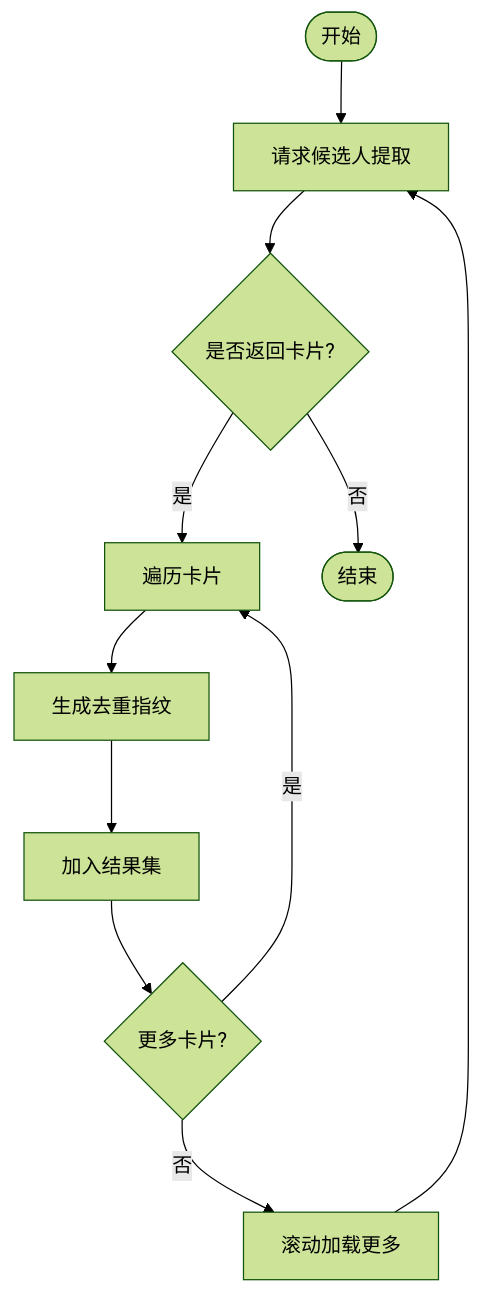
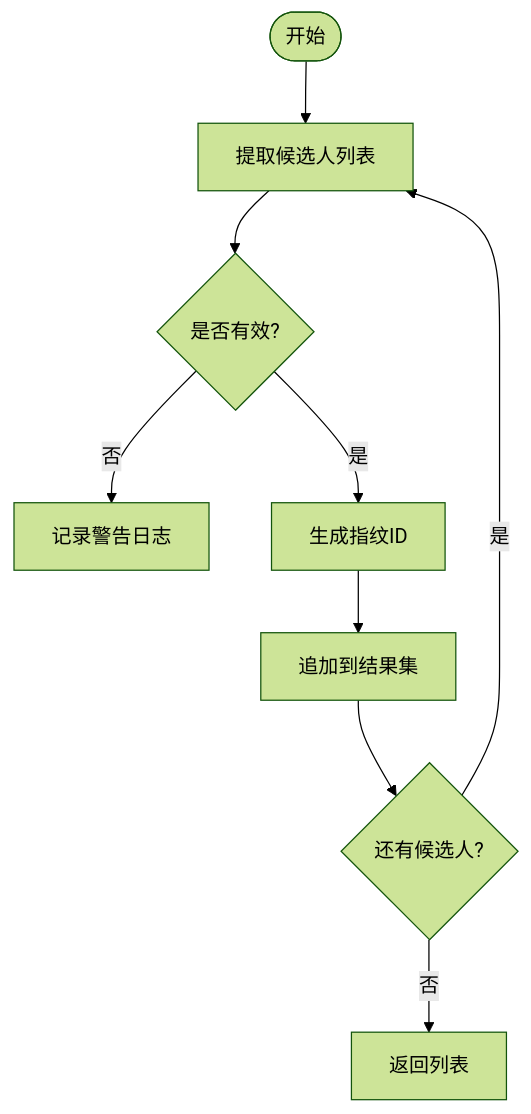
Before and after one commit to alvinwangzi/goodhr: the third of 10 diagrams in .qoder/repowiki/zh/content/本地执行器/平台适配器/Boss直聘适配器/候选人数据处理.md, drawn with Mermaid (forest theme). The commit also changed other lines of this file and 149 other files, not shown here.

````diff
--- a/.qoder/repowiki/zh/content/本地执行器/平台适配器/Boss直聘适配器/候选人数据处理.md
+++ b/.qoder/repowiki/zh/content/本地执行器/平台适配器/Boss直聘适配器/候选人数据处理.md
@@ -131,13 +141,11 @@
 ```mermaid
 flowchart TD
-Start(["开始"]) --> Extract["请求候选人提取"]
-Extract --> Items{"是否返回卡片?"}
-Items --> |是| ForEach["遍历卡片"]
-Items --> |否| End(["结束"])
-ForEach --> Fingerprint["生成去重指纹"]
-Fingerprint --> Append["加入结果集"]
-Append --> Next{"更多卡片?"}
-Next --> |是| ForEach
-Next --> |否| Scroll["滚动加载更多"]
-Scroll --> Extract
+Start(["开始"]) --> Extract["提取候选人列表"]
+Extract --> Validate{"是否有效?"}
+Validate --> |否| LogWarn["记录警告日志"]
+Validate --> |是| Fingerprint["生成指纹ID"]
+Fingerprint --> Append["追加到结果集"]
+Append --> Next{"还有候选人?"}
+Next --> |是| Extract
+Next --> |否| Return["返回列表"]
 ```
````
